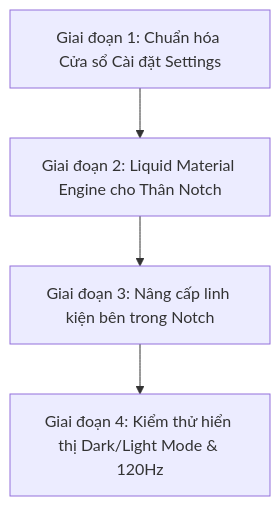
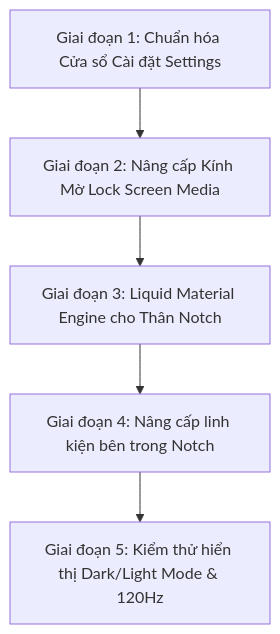
One commit to HieuKunn/NotchPulse changed the diagram in transformation.md. Above: the diagram before and after it, drawn with Mermaid. The commit also changed other lines of this file and 2 other files, not shown here.

First line of the commit message:
feat(lockscreen): upgrade lock screen media player to Apple Native Liquid Glass

````diff
--- a/transformation.md
+++ b/transformation.md
@@ -135,6 +166,7 @@
 ```mermaid
 graph TD
-    P1[Giai đoạn 1: Chuẩn hóa Cửa sổ Cài đặt Settings] --> P2[Giai đoạn 2: Liquid Material Engine cho Thân Notch]
-    P2 --> P3[Giai đoạn 3: Nâng cấp linh kiện bên trong Notch]
-    P3 --> P4[Giai đoạn 4: Kiểm thử hiển thị Dark/Light Mode & 120Hz]
+    P1[Giai đoạn 1: Chuẩn hóa Cửa sổ Cài đặt Settings] --> P2[Giai đoạn 2: Nâng cấp Kính Mờ Lock Screen Media]
+    P2 --> P3[Giai đoạn 3: Liquid Material Engine cho Thân Notch]
+    P3 --> P4[Giai đoạn 4: Nâng cấp linh kiện bên trong Notch]
+    P4 --> P5[Giai đoạn 5: Kiểm thử hiển thị Dark/Light Mode & 120Hz]
 ```
````
